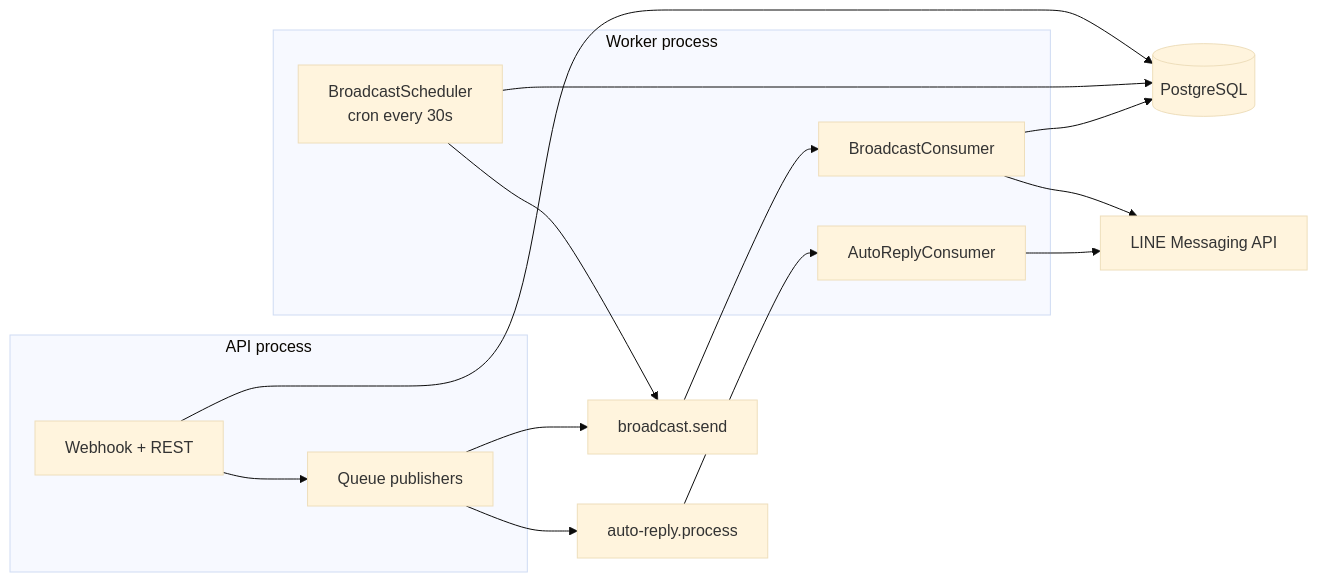
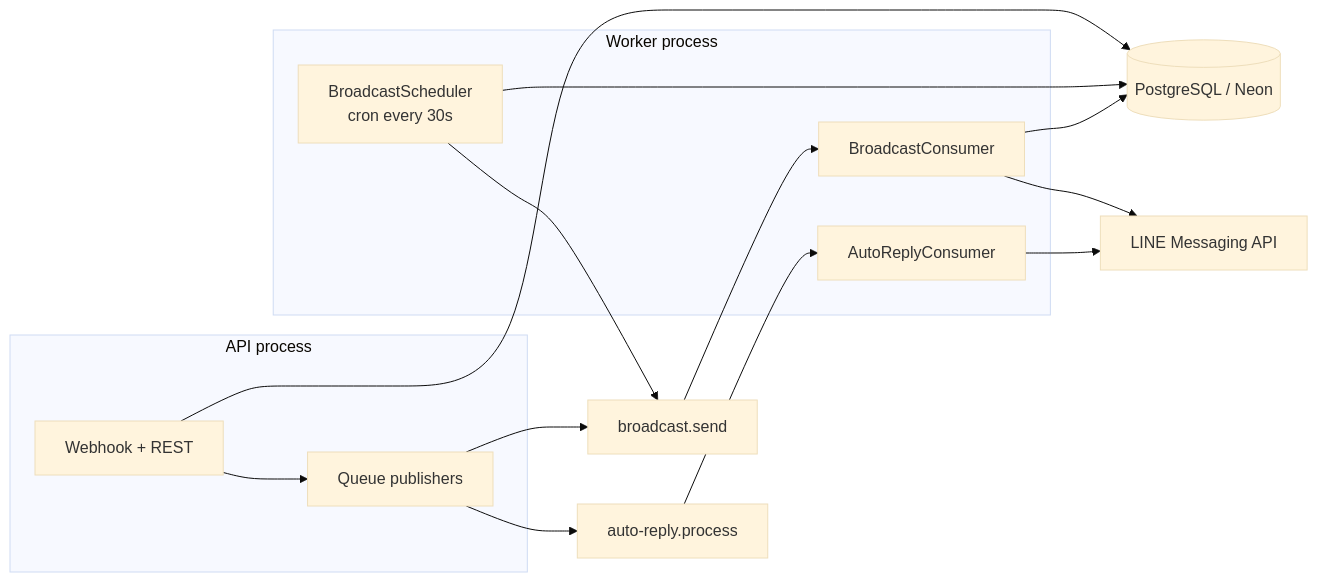
The third of 3 diagrams in docs/architecture/02-containers.md (kittiBank/crm-lineoa-api), drawn with Mermaid (base theme) before and after one commit. The commit also changed other lines of this file and 1 other file, not shown here.

Commit message:
docs: update architecture for Vercel, GCP, Neon, and GCS

````diff
--- a/docs/architecture/02-containers.md
+++ b/docs/architecture/02-containers.md
@@ -142,30 +152,30 @@
 ```mermaid
 flowchart LR
   subgraph apiProc [API process]
     WH[Webhook + REST]
     PQ[Queue publishers]
   end
 
   subgraph workerProc [Worker process]
     BC[BroadcastConsumer]
     AR[AutoReplyConsumer]
     SCH[BroadcastScheduler<br/>cron every 30s]
   end
 
   Q1[broadcast.send]
   Q2[auto-reply.process]
   LINE[LINE Messaging API]
-  PG[(PostgreSQL)]
+  PG[(PostgreSQL / Neon)]
 
   WH --> PG
   WH --> PQ
   PQ --> Q1
   PQ --> Q2
   SCH --> PG
   SCH --> Q1
   Q1 --> BC
   Q2 --> AR
   BC --> LINE
   AR --> LINE
   BC --> PG
 ```
````
